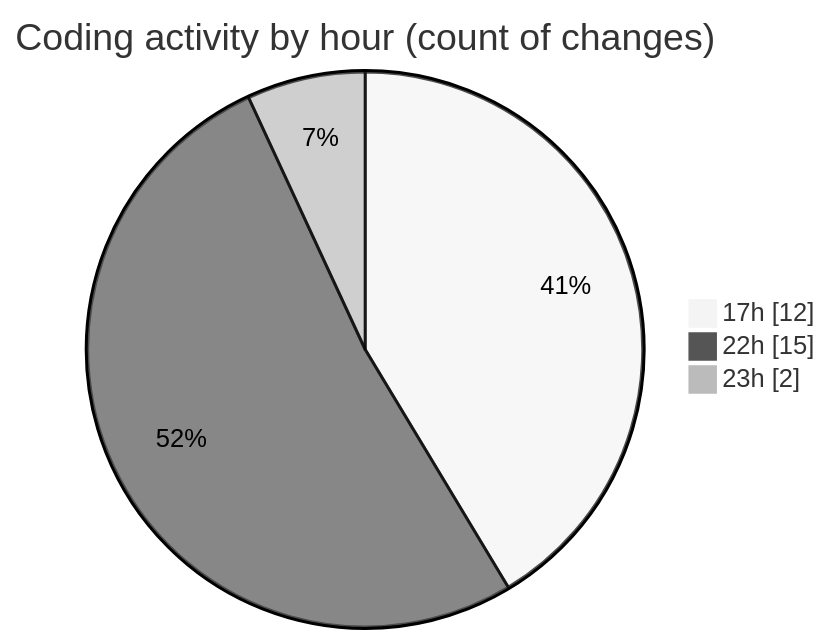
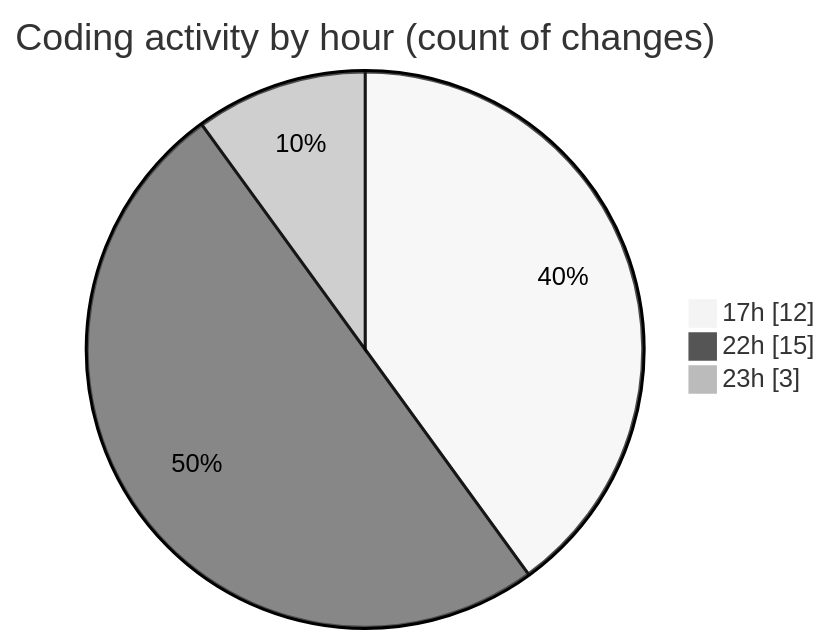
Before and after one commit to MatusMokan/code-tracking: the second of 2 diagrams in 2025-02-25/myws__workspace_/README.md, drawn with Mermaid (neutral theme). The commit also changed other lines of this file and 1 other file, not shown here.

````diff
--- a/2025-02-25/myws__workspace_/README.md
+++ b/2025-02-25/myws__workspace_/README.md
@@ -32,7 +32,7 @@
 ```mermaid
 pie showData
 title Coding activity by hour (count of changes)
 "17h" : 12
 "22h" : 15
-"23h" : 2
+"23h" : 3
 ```
````
